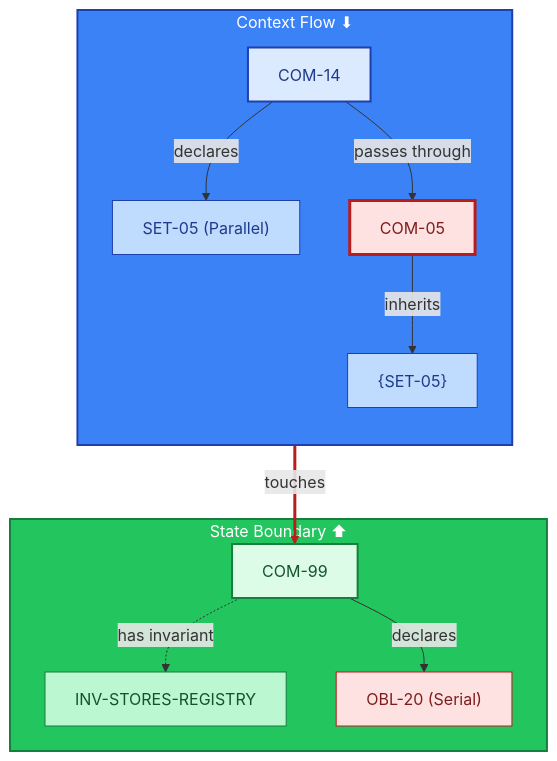
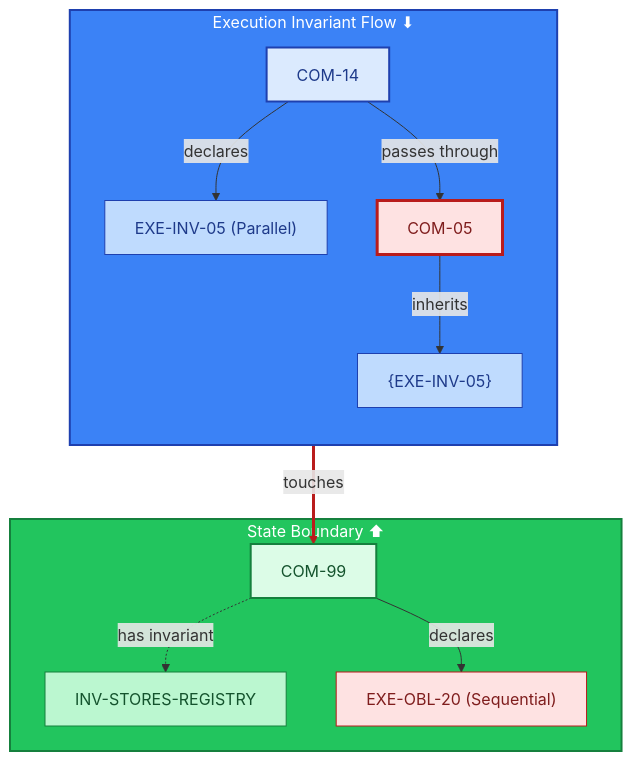
Before and after one commit to nestharus/ai-workflow: the sixth of 10 diagrams in .tasks/plans/algorithm bug finder/feedback.md, drawn with Mermaid. The commit also changed other lines of this file and 14 other files, not shown here.

````diff
--- a/.tasks/plans/algorithm bug finder/feedback.md
+++ b/.tasks/plans/algorithm bug finder/feedback.md
@@ -196,34 +207,34 @@
 ```mermaid
 flowchart TB
-    subgraph context[Context Flow ⬇]
+    subgraph context[Execution Invariant Flow ⬇]
         direction TB
         COM14["COM-14"]:::source
-        SET["SET-05 (Parallel)"]:::context
+        SET["EXE-INV-05 (Parallel)"]:::exeinv
         COM05["COM-05"]:::collision
-        ACTIVE["{SET-05}"]:::context
+        ACTIVE["{EXE-INV-05}"]:::exeinv
     end
     subgraph state[State Boundary ⬆]
         COM99["COM-99"]:::statecomponent
         INV99["INV-STORES-REGISTRY"]:::stateinvariant
-        OBL["OBL-20 (Serial)"]:::constraint
+        OBL["EXE-OBL-20 (Sequential)"]:::exeobl
     end
 
     COM14 -->|"declares"| SET
     COM14 -->|"passes through"| COM05
     COM05 -->|"inherits"| ACTIVE
     COM05 ==>|"touches"| COM99
     COM99 -.->|"has invariant"| INV99
     COM99 -->|"declares"| OBL
 
     classDef source fill:#dbeafe,stroke:#1e40af,stroke-width:2px,color:#1e3a8a
-    classDef context fill:#bfdbfe,stroke:#1e40af,color:#1e3a8a
+    classDef exeinv fill:#bfdbfe,stroke:#1e40af,color:#1e3a8a
     classDef collision fill:#fee2e2,stroke:#b91c1c,stroke-width:3px,color:#7f1d1d
     classDef statecomponent fill:#dcfce7,stroke:#15803d,stroke-width:2px,color:#14532d
     classDef stateinvariant fill:#bbf7d0,stroke:#15803d,color:#14532d
-    classDef constraint fill:#fee2e2,stroke:#b91c1c,color:#7f1d1d
+    classDef exeobl fill:#fee2e2,stroke:#b91c1c,color:#7f1d1d
 
     style context fill:#3b82f6,stroke:#1e40af,stroke-width:2px,color:#ffffff
     style state fill:#22c55e,stroke:#15803d,stroke-width:2px,color:#ffffff
 
     linkStyle 3 stroke:#b91c1c,stroke-width:3px
 ```
````
